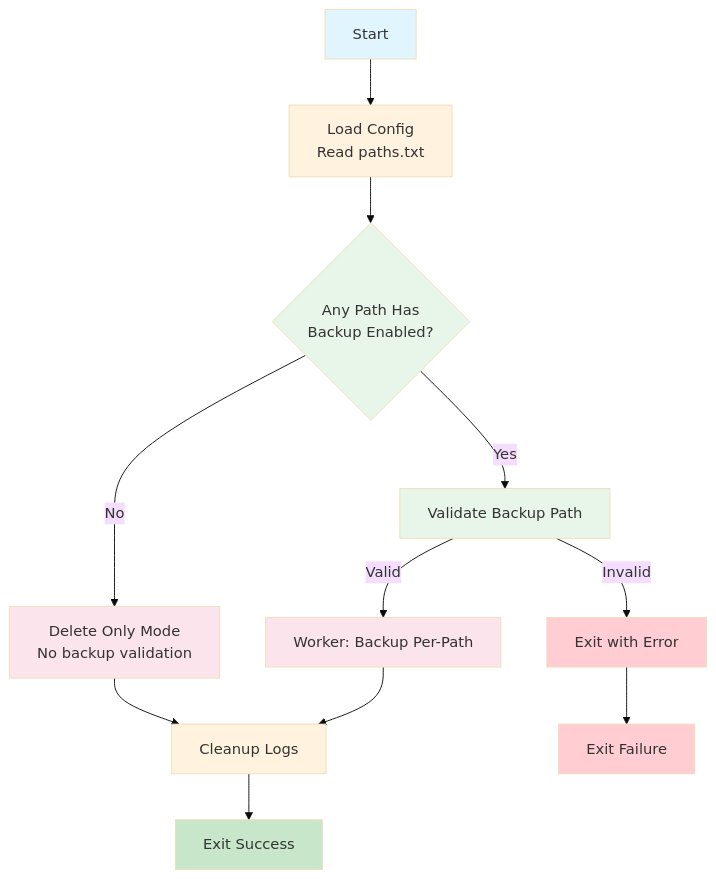
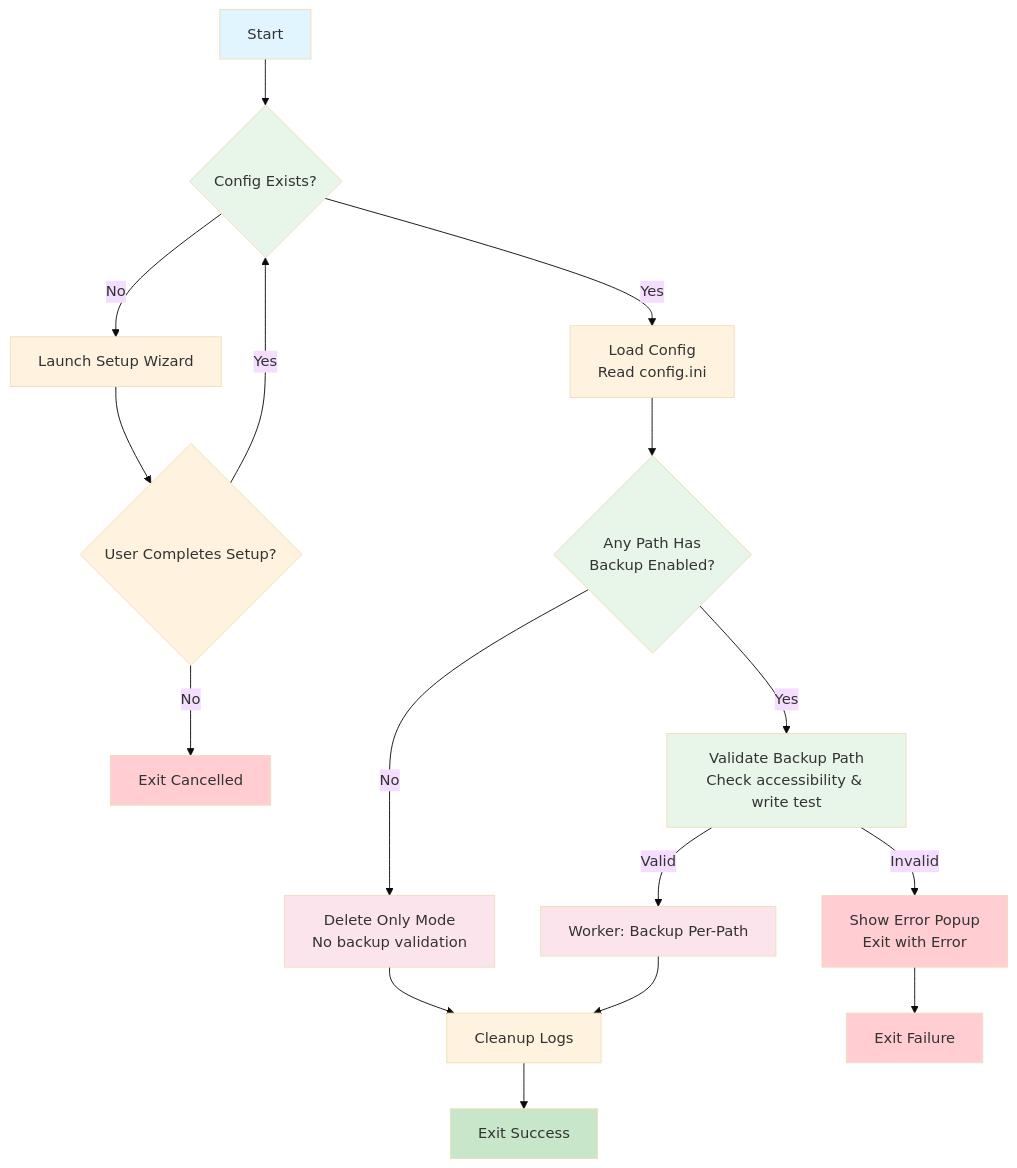
Before and after one commit to theweak1/file-maintenance: the diagram in docs/diagrams/execution-flow-high-level.md, drawn with Mermaid (base theme). The commit also changed 6 other files, not shown here.

Commit message:
docs: update execution flow diagrams to reflect config.ini and setup wizard

````diff
--- a/docs/diagrams/execution-flow-high-level.md
+++ b/docs/diagrams/execution-flow-high-level.md
@@ -1,28 +1,37 @@
 ```mermaid
 flowchart TD
-    A[Start] --> B[Load Config<br/>Read paths.txt]
-    B --> C{Any Path Has<br/>Backup Enabled?}
-    C -->|No| D[Delete Only Mode<br/>No backup validation]
-    C -->|Yes| E[Validate Backup Path]
-    E -->|Valid| F[Worker: Backup Per-Path]
-    E -->|Invalid| G[Exit with Error]
+    A[Start] --> B{Config Exists?}
+    B -->|No| C[Launch Setup Wizard]
+    C --> D{User Completes Setup?}
+    D -->|No| E[Exit Cancelled]
+    D -->|Yes| B
     
-    D --> H[Cleanup Logs]
-    F --> H
+    B -->|Yes| F[Load Config<br/>Read config.ini]
+    F --> G{Any Path Has<br/>Backup Enabled?}
+    G -->|No| H[Delete Only Mode<br/>No backup validation]
+    G -->|Yes| I[Validate Backup Path<br/>Check accessibility & write test]
+    I -->|Valid| J[Worker: Backup Per-Path]
+    I -->|Invalid| K[Show Error Popup<br/>Exit with Error]
     
-    H --> I[Exit Success]
-    G --> J[Exit Failure]
+    H --> L[Cleanup Logs]
+    J --> L
+    L --> M[Exit Success]
+    K --> N[Exit Failure]
 
     %% Styling
     style A fill:#e1f5fe
-    style B fill:#fff3e0
-    style C fill:#e8f5e9
-    style D fill:#fce4ec
-    style E fill:#e8f5e9
-    style F fill:#fce4ec
-    style G fill:#ffcdd2
-    style H fill:#fff3e0
-    style I fill:#c8e6c9
-    style J fill:#ffcdd2
+    style B fill:#e8f5e9
+    style C fill:#fff3e0
+    style D fill:#fff3e0
+    style E fill:#ffcdd2
+    style F fill:#fff3e0
+    style G fill:#e8f5e9
+    style H fill:#fce4ec
+    style I fill:#e8f5e9
+    style J fill:#fce4ec
+    style K fill:#ffcdd2
+    style L fill:#fff3e0
+    style M fill:#c8e6c9
+    style N fill:#ffcdd2
 
 ```
````
